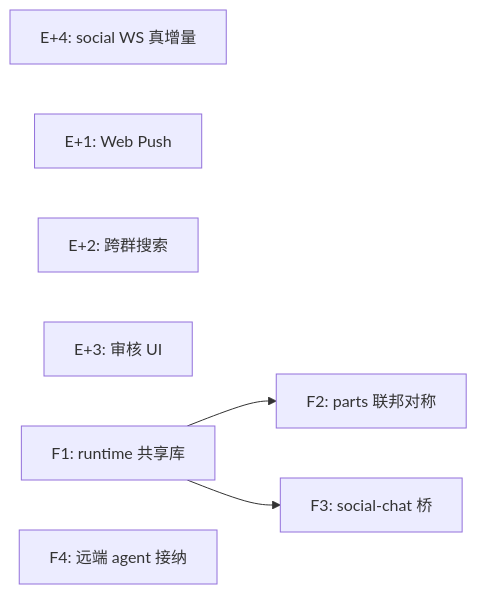
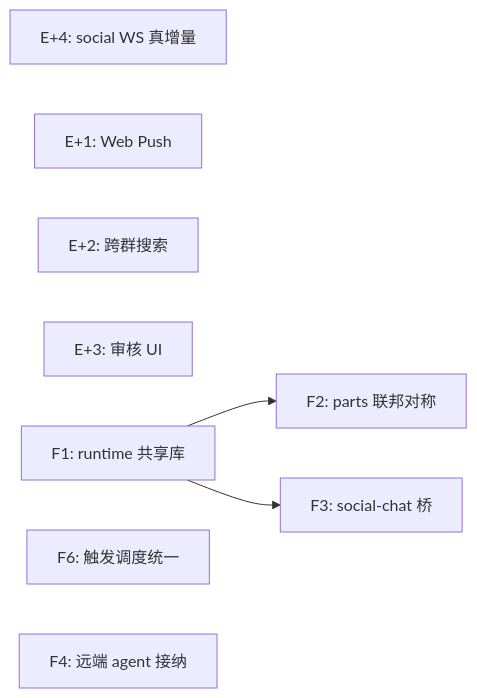
The diagram in docs/design/chat-social-dev-plan.md (steve02081504/fount), drawn with Mermaid before and after one commit. The commit also changed other lines of this file and 6 other files, not shown here.

````diff
--- a/docs/design/chat-social-dev-plan.md
+++ b/docs/design/chat-social-dev-plan.md
@@ -114,11 +129,12 @@
 ```mermaid
 graph LR
 	E4[E+4: social WS 真增量]
 	E1[E+1: Web Push]
 	E2[E+2: 跨群搜索]
 	E3[E+3: 审核 UI]
 	F1[F1: runtime 共享库]
+	F6[F6: 触发调度统一]
 	F1 --> F2[F2: parts 联邦对称]
 	F1 --> F3[F3: social-chat 桥]
 	F4[F4: 远端 agent 接纳]
 ```
````
